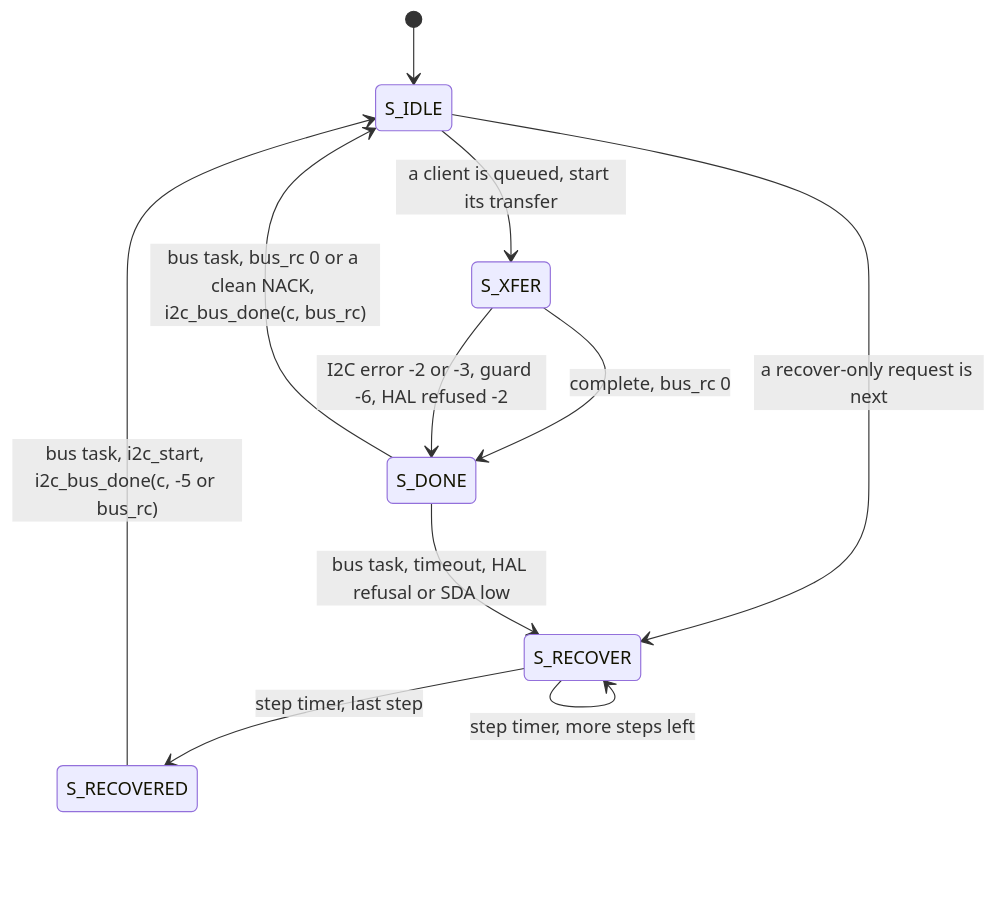
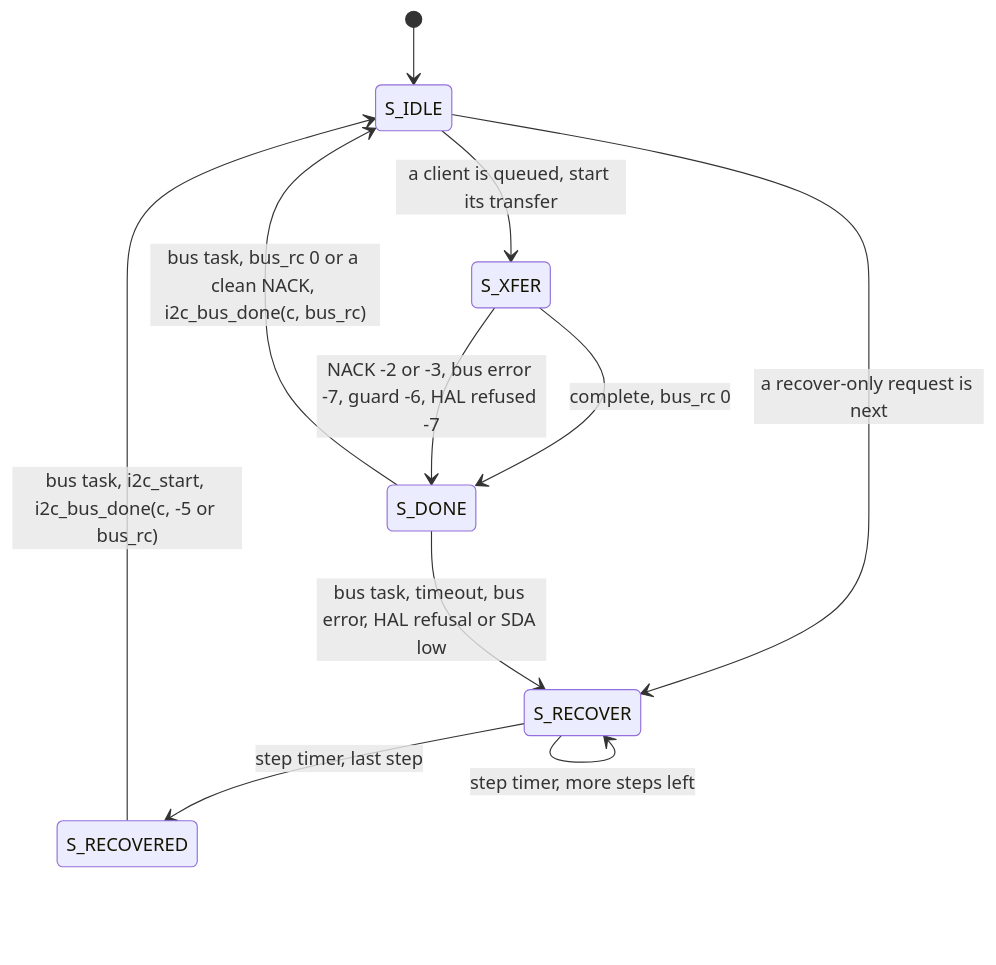
Before and after one commit to clintecker/weather-station-2026: the diagram in firmware/stage0-node/App/i2c_bus.lit.md, drawn with Mermaid. The commit also changed other lines of this file and 42 other files, not shown here.

````diff
--- a/firmware/stage0-node/App/i2c_bus.lit.md
+++ b/firmware/stage0-node/App/i2c_bus.lit.md
@@ -143,13 +155,13 @@
 ```mermaid
 stateDiagram-v2
   [*] --> S_IDLE
   S_IDLE --> S_XFER: a client is queued, start its transfer
   S_IDLE --> S_RECOVER: a recover-only request is next
   S_XFER --> S_DONE: complete, bus_rc 0
-  S_XFER --> S_DONE: I2C error -2 or -3, guard -6, HAL refused -2
+  S_XFER --> S_DONE: NACK -2 or -3, bus error -7, guard -6, HAL refused -7
   S_DONE --> S_IDLE: bus task, bus_rc 0 or a clean NACK, i2c_bus_done(c, bus_rc)
-  S_DONE --> S_RECOVER: bus task, timeout, HAL refusal or SDA low
+  S_DONE --> S_RECOVER: bus task, timeout, bus error, HAL refusal or SDA low
   S_RECOVER --> S_RECOVER: step timer, more steps left
   S_RECOVER --> S_RECOVERED: step timer, last step
   S_RECOVERED --> S_IDLE: bus task, i2c_start, i2c_bus_done(c, -5 or bus_rc)
 ```
````
